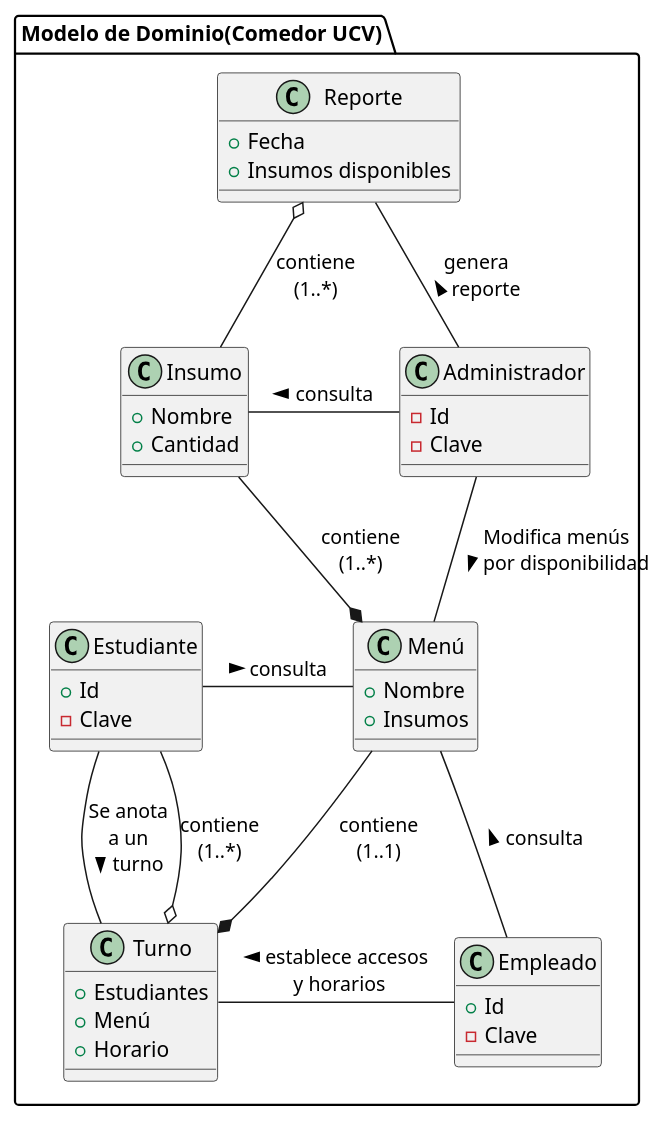
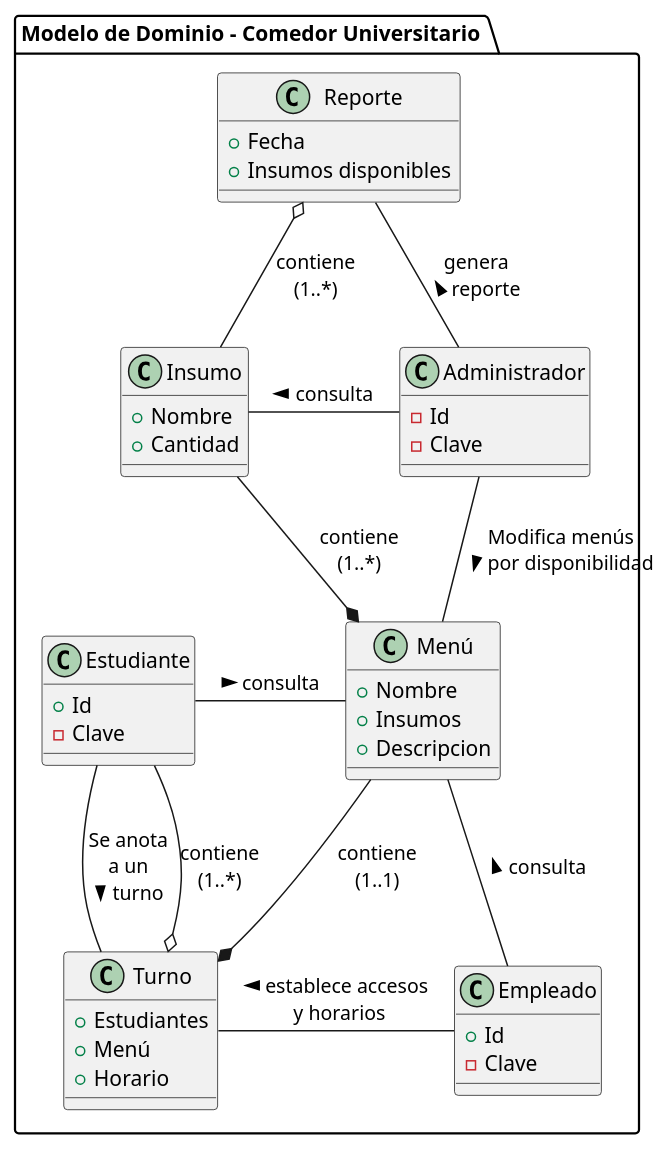
One commit to IsaacTou/IS--8---C1- changed the diagram in docs/ModeloDeNegocios/diagrama_de_clases.plantuml. Above: the diagram before and after it, drawn with PlantUML. The commit also changed 8 other files, not shown here.

Commit message:
Finalizada la Fase 1 Proyecto (Modelo de Dominio)

```diff
--- a/docs/ModeloDeNegocios/diagrama_de_clases.plantuml
+++ b/docs/ModeloDeNegocios/diagrama_de_clases.plantuml
@@ -1,48 +1,49 @@
 @startuml Modelo Del Dominio
 
-package "Modelo de Dominio(Comedor UCV)" {
+package "Modelo de Dominio - Comedor Universitario " {
     class Insumo {
         +Nombre
         +Cantidad
     }
     class Administrador {
         -Id
         -Clave
     }
     class Reporte{
         +Fecha
         +Insumos disponibles
     }
     class Estudiante{
         +Id
         -Clave
     }
     class Menú{
         +Nombre
         +Insumos
+        +Descripcion 
     }
     class Turno{
         +Estudiantes
         +Menú
         +Horario
     }
     class Empleado{
         +Id
         -Clave
     }
 }
 
 
 Insumo - Administrador : consulta <
 Reporte -- Administrador : genera\nreporte <
 Reporte  o-- Insumo : contiene\n(1..*)
 Insumo --* Menú : contiene\n(1..*)
 Administrador -- Menú : Modifica menús\npor disponibilidad >
 Estudiante - Menú : consulta >
 Estudiante -- Turno : Se anota\n a un \nturno >
 Estudiante --o Turno : contiene\n(1..*)
 Menú --* Turno : contiene\n(1..1)
 Turno - Empleado : < establece accesos\n y horarios 
 Menú -- Empleado : consulta <
 
 @enduml
```
